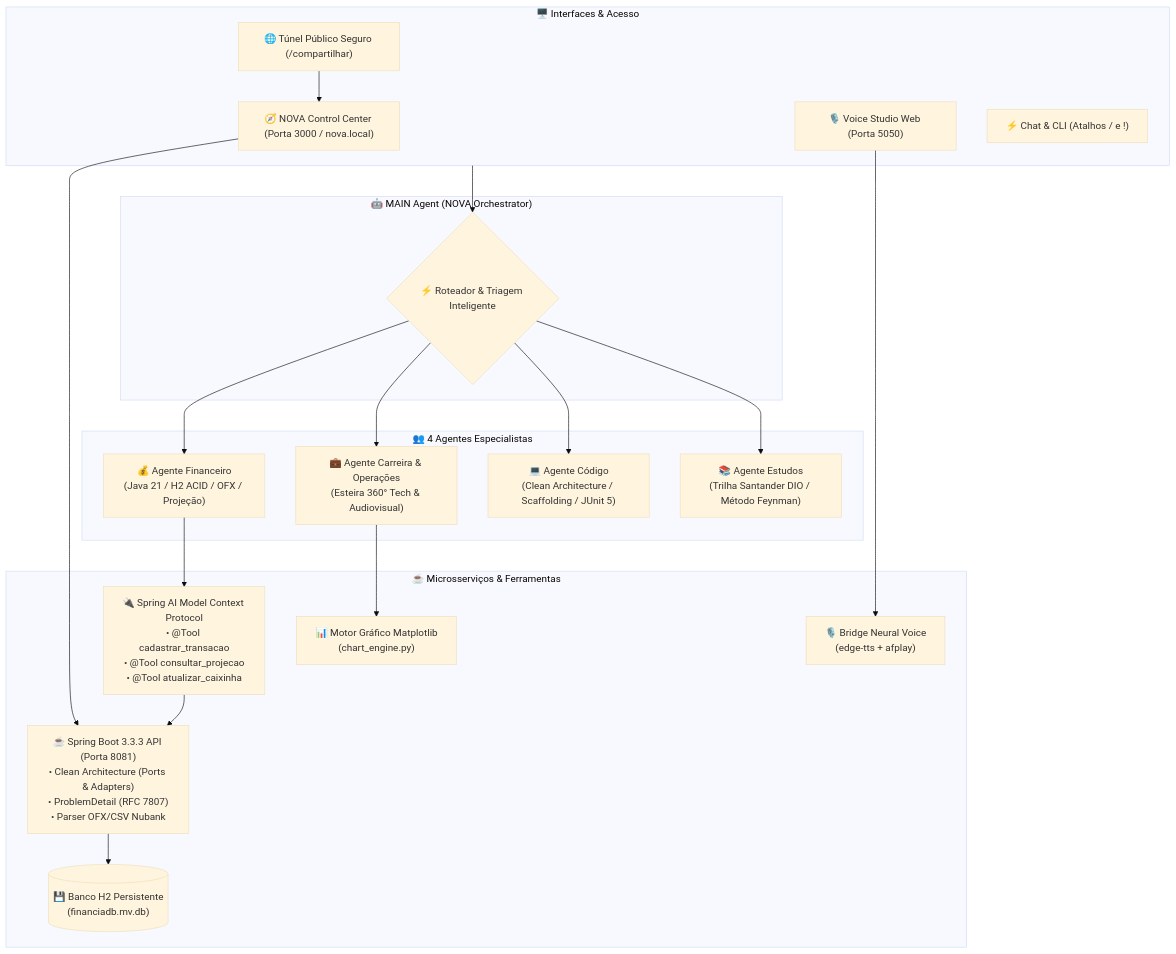
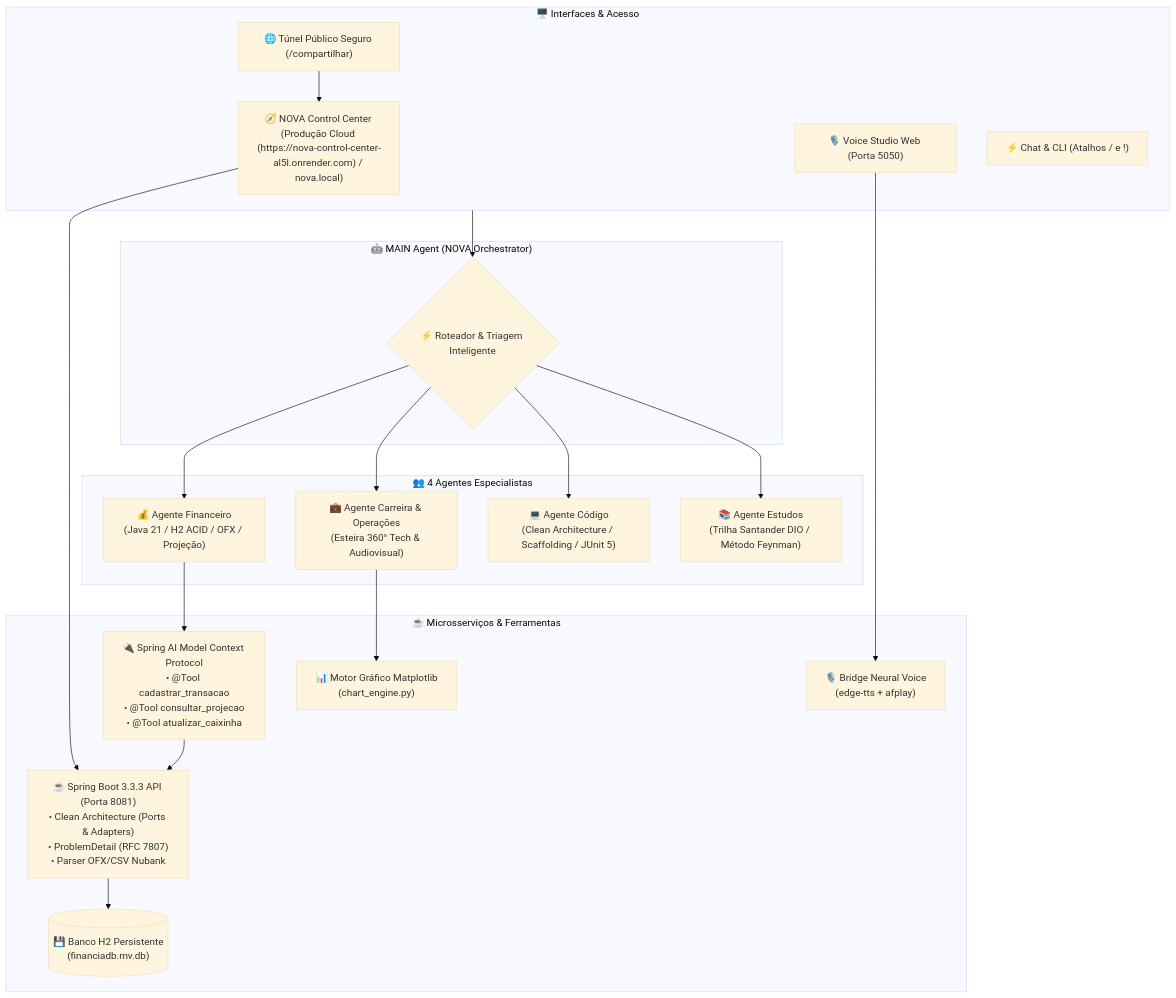
Before and after one commit to fabiorodrigues-tech-dev/NOVA: the diagram in README.md, drawn with Mermaid (base theme). The commit also changed other lines of this file and 6 other files, not shown here.

````diff
--- a/README.md
+++ b/README.md
@@ -41,42 +41,42 @@
 ```mermaid
 flowchart TD
     subgraph UI_Layer ["🖥️ Interfaces & Acesso"]
-        DASH["🧭 NOVA Control Center (Porta 3000 / nova.local)"]
+        DASH["🧭 NOVA Control Center (Produção Cloud (https://nova-control-center-al5l.onrender.com) / nova.local)"]
         VOICE_UI["🎙️ Voice Studio Web (Porta 5050)"]
         CLI["⚡ Chat & CLI (Atalhos / e !)"]
         TUNNEL["🌐 Túnel Público Seguro (/compartilhar)"]
     end
 
     subgraph Core_Agent ["🤖 MAIN Agent (NOVA Orchestrator)"]
         ROUTER{"⚡ Roteador & Triagem Inteligente"}
     end
 
     subgraph Specialized_Agents ["👥 4 Agentes Especialistas"]
         FINANCEIRO["💰 Agente Financeiro\n(Java 21 / H2 ACID / OFX / Projeção)"]
         CARREIRA["💼 Agente Carreira & Operações\n(Esteira 360° Tech & Audiovisual)"]
         CODIGO["💻 Agente Código\n(Clean Architecture / Scaffolding / JUnit 5)"]
         ESTUDOS["📚 Agente Estudos\n(Trilha Santander DIO / Método Feynman)"]
     end
 
     subgraph Backend_Services ["☕ Microsserviços & Ferramentas"]
         SPRING["☕ Spring Boot 3.3.3 API (Porta 8081)\n• Clean Architecture (Ports & Adapters)\n• ProblemDetail (RFC 7807)\n• Parser OFX/CSV Nubank"]
         MCP["🔌 Spring AI Model Context Protocol\n• @Tool cadastrar_transacao\n• @Tool consultar_projecao\n• @Tool atualizar_caixinha"]
         H2[("💾 Banco H2 Persistente\n(financiadb.mv.db)")]
         CHART["📊 Motor Gráfico Matplotlib\n(chart_engine.py)"]
         TTS["🎙️ Bridge Neural Voice\n(edge-tts + afplay)"]
     end
 
     UI_Layer --> ROUTER
     TUNNEL --> DASH
     ROUTER --> FINANCEIRO
     ROUTER --> CARREIRA
     ROUTER --> CODIGO
     ROUTER --> ESTUDOS
 
     FINANCEIRO --> MCP
     MCP --> SPRING
     SPRING --> H2
     CARREIRA --> CHART
     VOICE_UI --> TTS
     DASH --> SPRING
 ```
````
